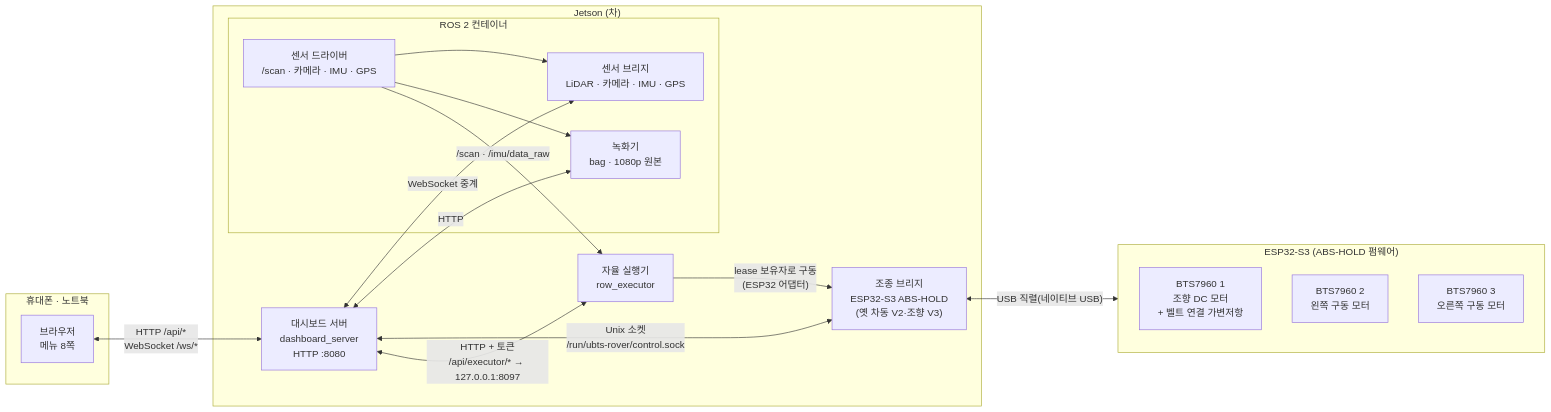
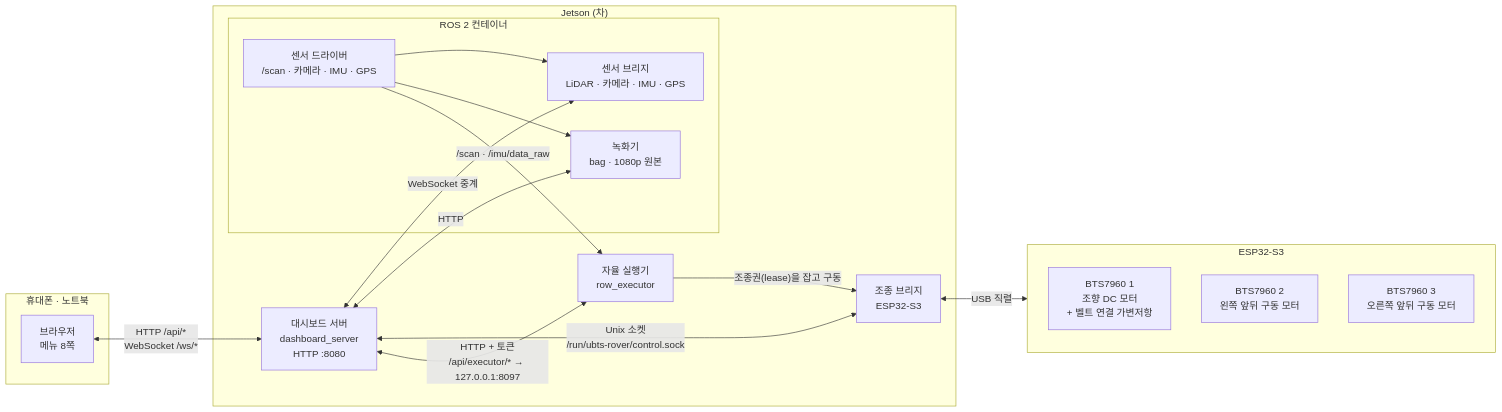
The diagram in README.md (2026-BTS-UNI-Car/unist_orachard_dashboard), drawn with Mermaid before and after one commit. The commit also changed other lines of this file, not shown here.

````diff
--- a/README.md
+++ b/README.md
@@ -151,31 +162,31 @@
 ```mermaid
 flowchart LR
   subgraph PHONE["휴대폰 · 노트북"]
     B["브라우저<br/>메뉴 8쪽"]
   end
   subgraph JET["Jetson (차)"]
     D["대시보드 서버<br/>dashboard_server<br/>HTTP :8080"]
     subgraph ROS["ROS 2 컨테이너"]
       DRV["센서 드라이버<br/>/scan · 카메라 · IMU · GPS"]
       SB["센서 브리지<br/>LiDAR · 카메라 · IMU · GPS"]
       REC["녹화기<br/>bag · 1080p 원본"]
     end
-    MB["조종 브리지<br/>ESP32-S3 ABS-HOLD<br/>(옛 차동 V2·조향 V3)"]
+    MB["조종 브리지<br/>ESP32-S3"]
     EX["자율 실행기<br/>row_executor"]
   end
-  subgraph ESP["ESP32-S3 (ABS-HOLD 펌웨어)"]
+  subgraph ESP["ESP32-S3"]
     M1["BTS7960 1<br/>조향 DC 모터<br/>+ 벨트 연결 가변저항"]
-    M2["BTS7960 2<br/>왼쪽 구동 모터"]
-    M3["BTS7960 3<br/>오른쪽 구동 모터"]
+    M2["BTS7960 2<br/>왼쪽 앞뒤 구동 모터"]
+    M3["BTS7960 3<br/>오른쪽 앞뒤 구동 모터"]
   end
   B <-->|"HTTP /api/*<br/>WebSocket /ws/*"| D
   D <-->|"WebSocket 중계"| SB
   DRV --> SB
   DRV --> REC
   D <-->|"HTTP"| REC
   D <-->|"Unix 소켓<br/>/run/ubts-rover/control.sock"| MB
   D <-->|"HTTP + 토큰<br/>/api/executor/* → 127.0.0.1:8097"| EX
   DRV -->|"/scan · /imu/data_raw"| EX
-  EX -->|"lease 보유자로 구동<br/>(ESP32 어댑터)"| MB
-  MB <-->|"USB 직렬(네이티브 USB)"| ESP
+  EX -->|"조종권(lease)을 잡고 구동"| MB
+  MB <-->|"USB 직렬"| ESP
 ```
````
